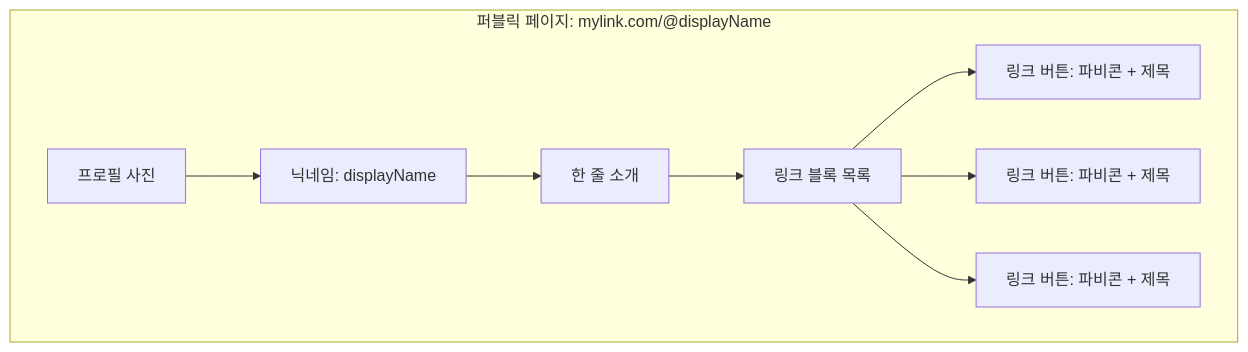
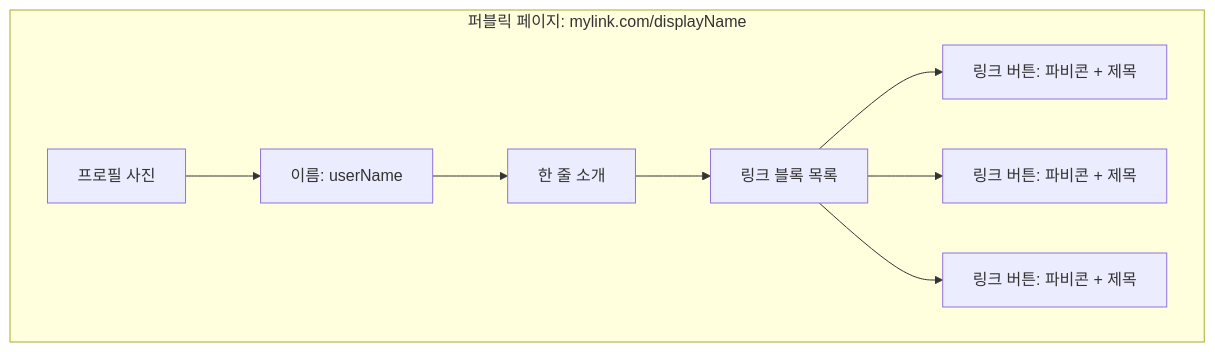
One commit to olivesch/my-link changed the tenth of 13 diagrams in docs/Wireframe.md. Above: the diagram before and after it, drawn with Mermaid. The commit also changed other lines of this file and 25 other files, not shown here.

````diff
--- a/docs/Wireframe.md
+++ b/docs/Wireframe.md
@@ -242,19 +272,19 @@
 ```mermaid
 flowchart TB
-  subgraph PublicPage["퍼블릭 페이지: mylink.com/@displayName"]
+  subgraph PublicPage["퍼블릭 페이지: mylink.com/displayName"]
     ProfilePhoto["프로필 사진"]
-    DisplayName["닉네임: displayName"]
+    DisplayName["이름: userName"]
     Bio["한 줄 소개"]
     LinkList["링크 블록 목록"]
     LinkA["링크 버튼: 파비콘 + 제목"]
     LinkB["링크 버튼: 파비콘 + 제목"]
     LinkC["링크 버튼: 파비콘 + 제목"]
   end
 
   ProfilePhoto --> DisplayName
   DisplayName --> Bio
   Bio --> LinkList
   LinkList --> LinkA
   LinkList --> LinkB
   LinkList --> LinkC
 ```
````
